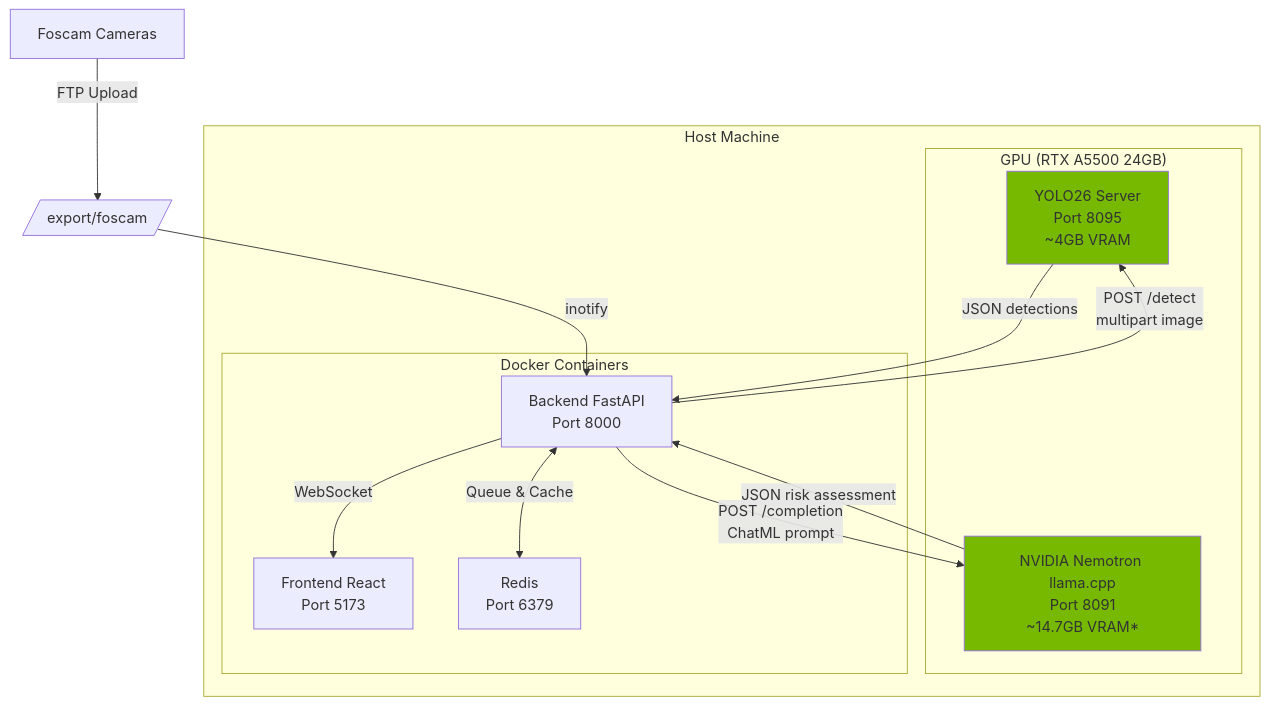
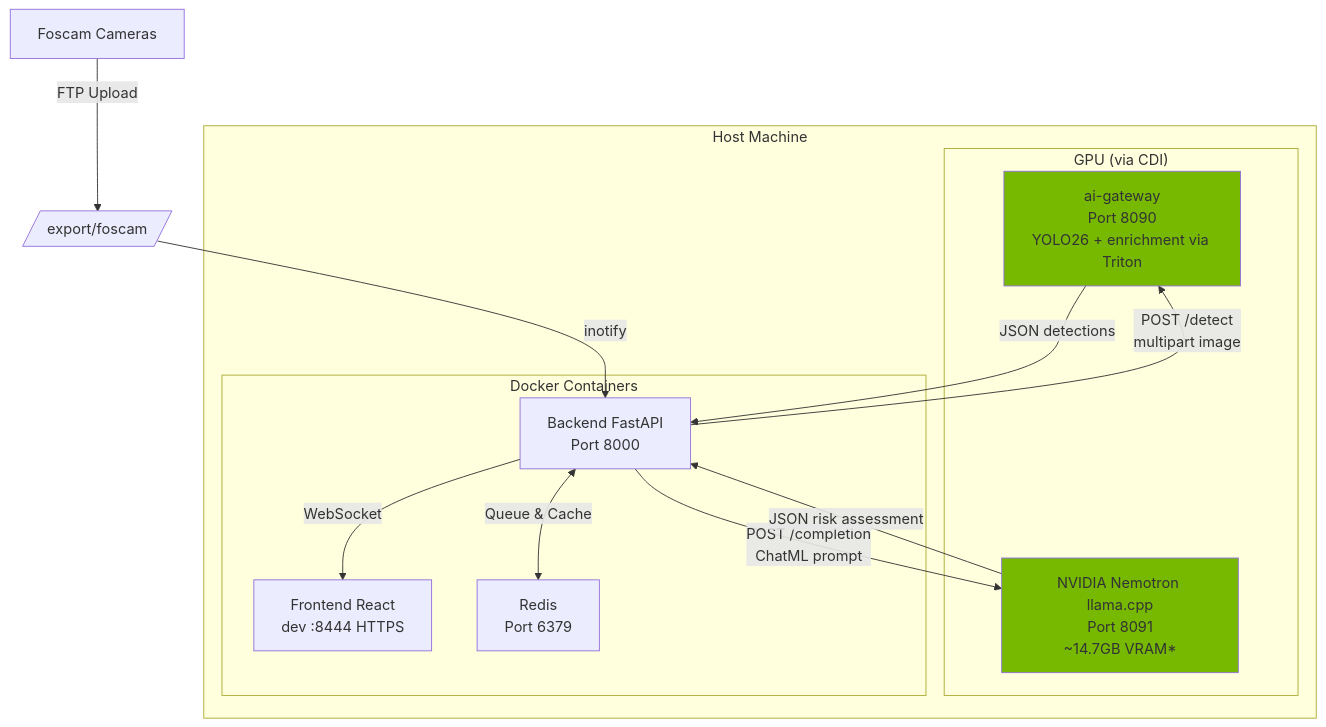
One commit to mikesvoboda/nemotron-v3-home-security-intelligence changed the sixth of 6 diagrams in docs/architecture/ai-pipeline.md. Above: the diagram before and after it, drawn with Mermaid. The commit also changed other lines of this file and 313 other files, not shown here.

````diff
--- a/docs/architecture/ai-pipeline.md
+++ b/docs/architecture/ai-pipeline.md
@@ -902,30 +912,30 @@
 ```mermaid
 flowchart TB
     subgraph "Host Machine"
-        subgraph "GPU (RTX A5500 24GB)"
-            RT[YOLO26 Server<br/>Port 8095<br/>~4GB VRAM]
+        subgraph "GPU (via CDI)"
+            RT[ai-gateway<br/>Port 8090<br/>YOLO26 + enrichment via Triton]
             NEM[NVIDIA Nemotron llama.cpp<br/>Port 8091<br/>~14.7GB VRAM*]
         end
 
         subgraph "Docker Containers"
             BE[Backend FastAPI<br/>Port 8000]
-            FE[Frontend React<br/>Port 5173]
+            FE[Frontend React<br/>dev :8444 HTTPS]
             RD[Redis<br/>Port 6379]
         end
     end
 
     CAM[Foscam Cameras] -->|FTP Upload| FTP[/export/foscam/]
     FTP -->|inotify| BE
 
     BE -->|POST /detect<br/>multipart image| RT
     RT -->|JSON detections| BE
 
     BE -->|POST /completion<br/>ChatML prompt| NEM
     NEM -->|JSON risk assessment| BE
 
     BE <-->|Queue & Cache| RD
     BE -->|WebSocket| FE
 
     style RT fill:#76B900
     style NEM fill:#76B900
 ```
````
